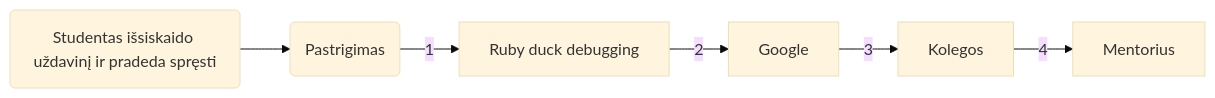
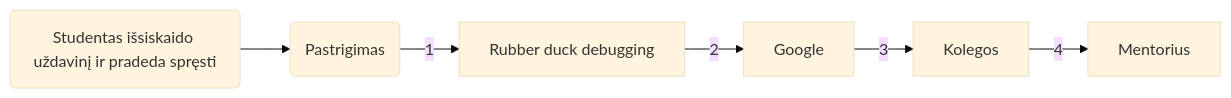
One commit to DeeBee123/BIT-welcom changed the second of 2 diagrams in slides.md. Above: the diagram before and after it, drawn with Mermaid (base theme). The commit also changed other lines of this file, not shown here.

````diff
--- a/slides.md
+++ b/slides.md
@@ -188,10 +201,10 @@
 ```mermaid {theme: 'neutral', scale: 0.8}
 graph LR
 
 B(Studentas išsiskaido uždavinį ir pradeda spręsti) -->C(Pastrigimas)
-C -->|1| D[Ruby duck debugging]
+C -->|1| D[Rubber duck debugging]
  -->|2| E[Google]
  -->|3| F[Kolegos]
  -->|4| G[Mentorius]
 
 ```
````
